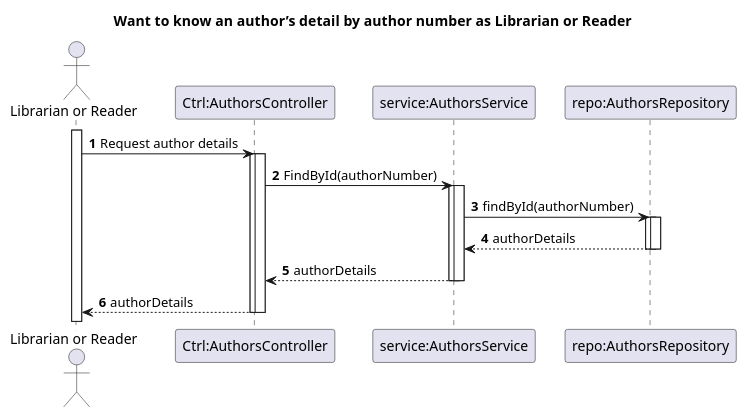
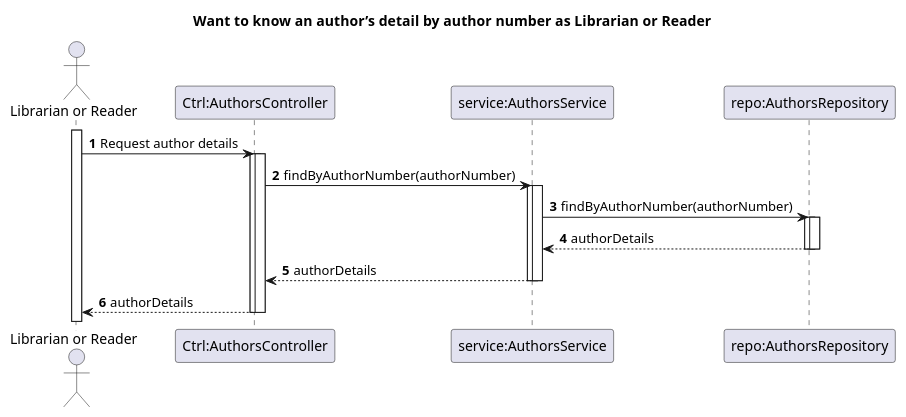
Before and after one commit to rutemf/1220944_1220772_G01: the diagram in Docs/Phase1/WP1A-Authors/Ph1-5-KnowAuthor'sDetail/SD.puml, drawn with PlantUML. The commit also changed 11 other files, not shown here.

```diff
--- a/Docs/Phase1/WP1A-Authors/Ph1-5-KnowAuthor'sDetail/SD.puml
+++ b/Docs/Phase1/WP1A-Authors/Ph1-5-KnowAuthor'sDetail/SD.puml
@@ -1,28 +1,28 @@
 @startuml
 'https://plantuml.com/sequence-diagram
 autoactivate on
 autonumber
 
 title Want to know an author’s detail  by author number as Librarian or Reader
 
 actor "Librarian or Reader" as User
 participant "Ctrl:AuthorsController" as Ctrl
 participant "service:AuthorsService" as Service
 participant "repo:AuthorsRepository" as Repo
 activate User
 
 User -> Ctrl: Request author details
 activate Ctrl
-Ctrl -> Service: FindById(authorNumber)
+Ctrl -> Service: findByAuthorNumber(authorNumber)
 activate Service
-Service -> Repo: findById(authorNumber)
+Service -> Repo: findByAuthorNumber(authorNumber)
 activate Repo
 
 Repo --> Service: authorDetails
 deactivate Repo
 Service --> Ctrl: authorDetails
 deactivate Service
 Ctrl --> User: authorDetails
 deactivate Ctrl
 
 @enduml
```
